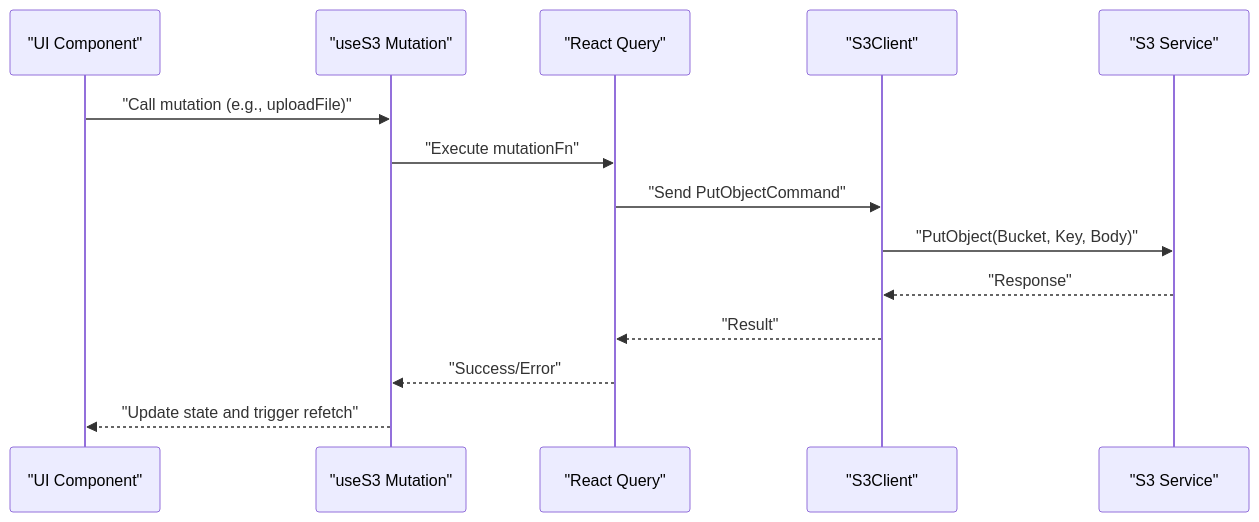
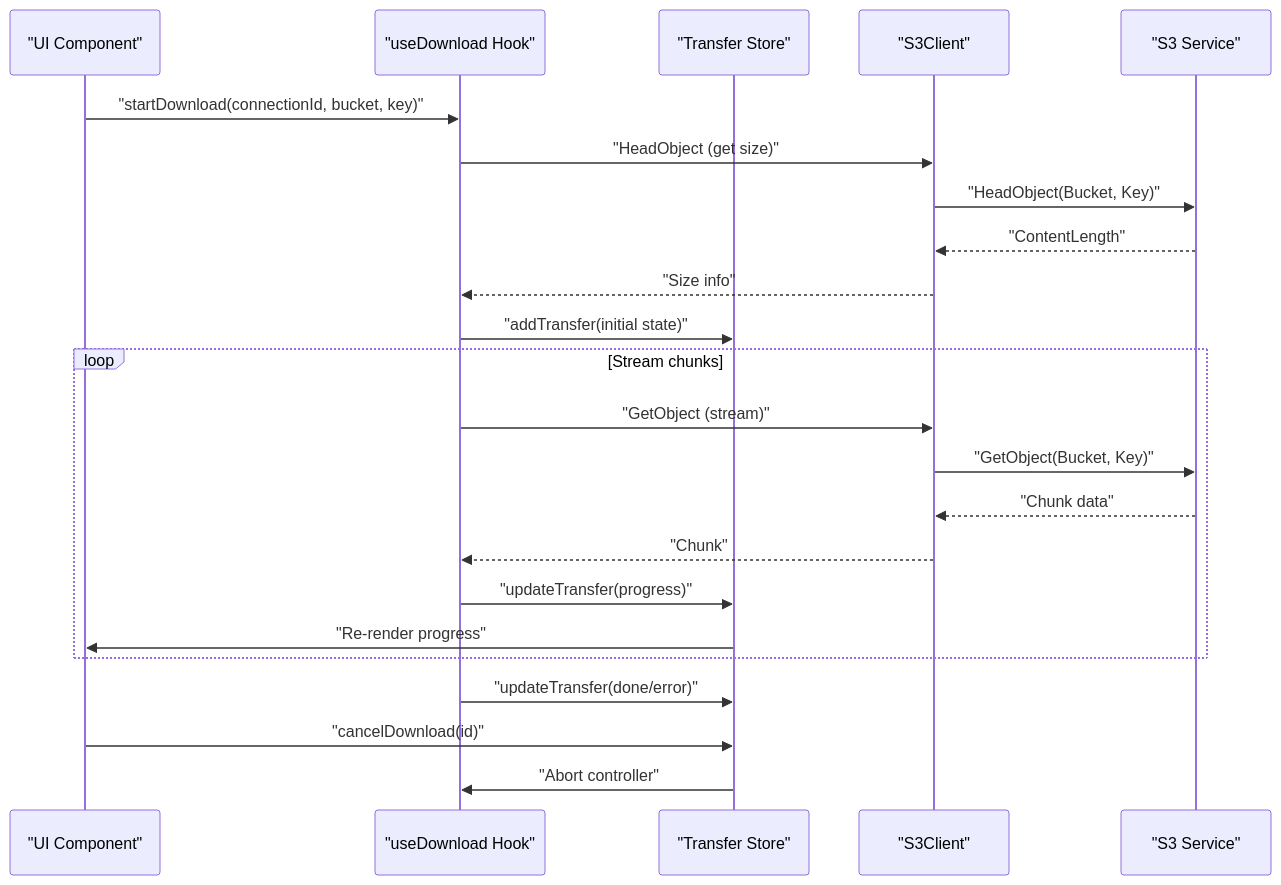
Before and after one commit to nasrulhadi/s3-explorer: the second of 12 diagrams in .qoder/repowiki/en/content/Core Features/File Operations.md, drawn with Mermaid. The commit also changed other lines of this file and 44 other files, not shown here.

First line of the commit message:
feat(ui): introduce comprehensive UI component system with TransferPanel and AddConnectionModal

````diff
--- a/.qoder/repowiki/en/content/Core Features/File Operations.md
+++ b/.qoder/repowiki/en/content/Core Features/File Operations.md
@@ -107,16 +133,25 @@
 ```mermaid
 sequenceDiagram
 participant UI as "UI Component"
-participant Hook as "useS3 Mutation"
-participant Store as "React Query"
+participant Hook as "useDownload Hook"
+participant Store as "Transfer Store"
 participant Client as "S3Client"
 participant S3 as "S3 Service"
-UI->>Hook : "Call mutation (e.g., uploadFile)"
-Hook->>Store : "Execute mutationFn"
-Store->>Client : "Send PutObjectCommand"
-Client->>S3 : "PutObject(Bucket, Key, Body)"
-S3-->>Client : "Response"
-Client-->>Store : "Result"
-Store-->>Hook : "Success/Error"
-Hook-->>UI : "Update state and trigger refetch"
+UI->>Hook : "startDownload(connectionId, bucket, key)"
+Hook->>Client : "HeadObject (get size)"
+Client->>S3 : "HeadObject(Bucket, Key)"
+S3-->>Client : "ContentLength"
+Client-->>Hook : "Size info"
+Hook->>Store : "addTransfer(initial state)"
+Loop Stream chunks
+Hook->>Client : "GetObject (stream)"
+Client->>S3 : "GetObject(Bucket, Key)"
+S3-->>Client : "Chunk data"
+Client-->>Hook : "Chunk"
+Hook->>Store : "updateTransfer(progress)"
+Store->>UI : "Re-render progress"
+end
+Hook->>Store : "updateTransfer(done/error)"
+UI->>Store : "cancelDownload(id)"
+Store->>Hook : "Abort controller"
 ```
````
